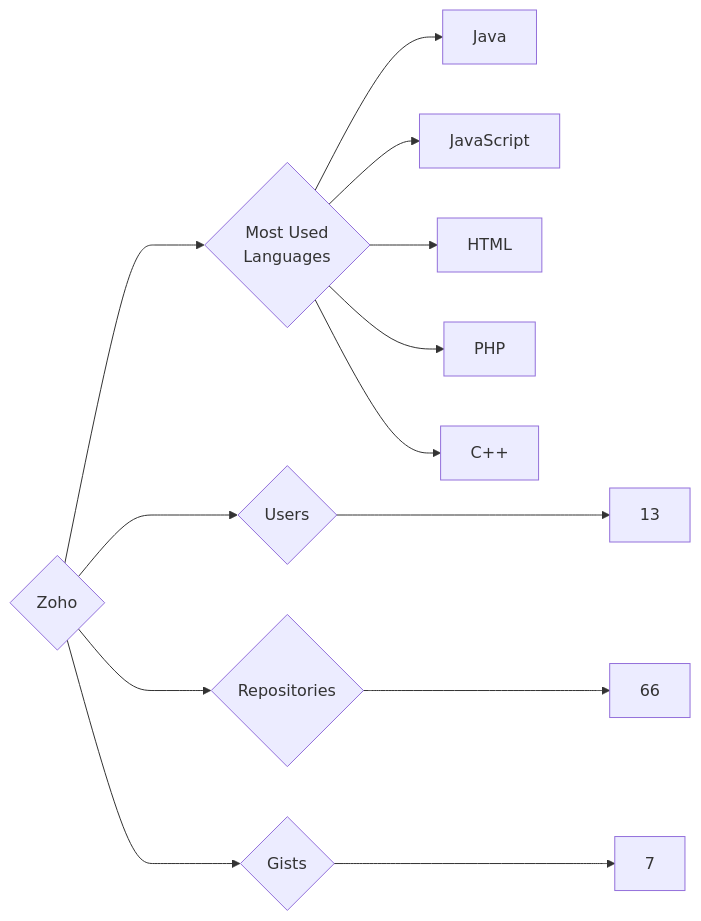
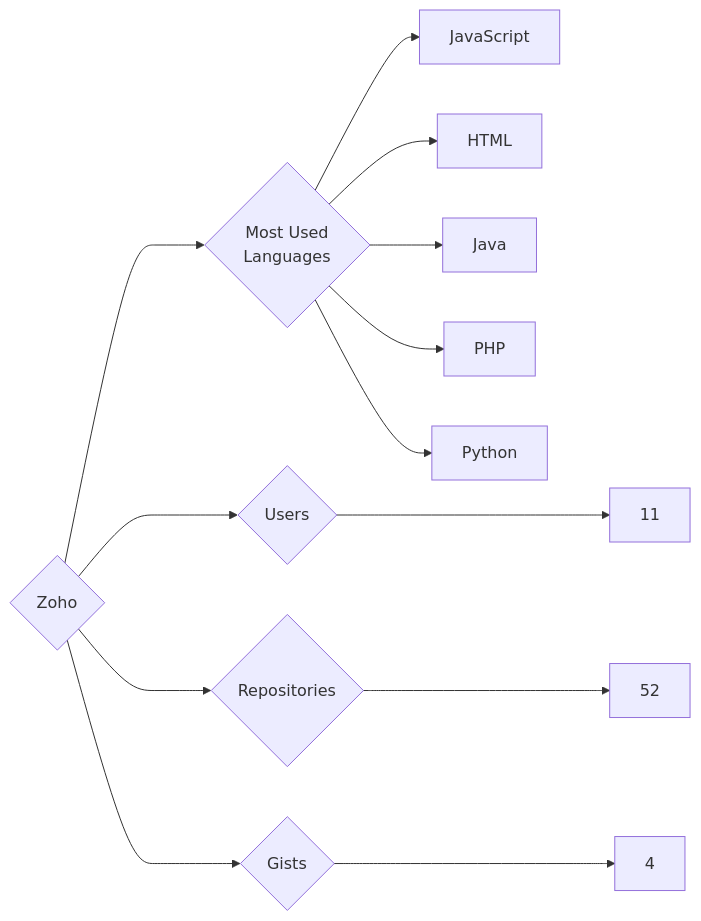
Before and after one commit to trickest/insiders: the diagram in targets/Zoho/README.md, drawn with Mermaid. The commit also changed 1479 other files, not shown here.

````diff
--- a/targets/Zoho/README.md
+++ b/targets/Zoho/README.md
@@ -3,13 +3,13 @@
 ```mermaid
 graph LR
 COMPANY_NAME{Zoho}
-COMPANY_NAME ---> U{Users} ---> UN[13]
-COMPANY_NAME ---> R{Repositories} ---> RN[66]
-COMPANY_NAME ---> G{Gists} ---> GN[7]
+COMPANY_NAME ---> U{Users} ---> UN[11]
+COMPANY_NAME ---> R{Repositories} ---> RN[52]
+COMPANY_NAME ---> G{Gists} ---> GN[4]
 COMPANY_NAME ---> ML{Most Used<br>Languages}
-ML --> Java[Java]
 ML --> JavaScript[JavaScript]
 ML --> HTML[HTML]
+ML --> Java[Java]
 ML --> PHP[PHP]
-ML --> C++[C++]
+ML --> Python[Python]
 ```
````
